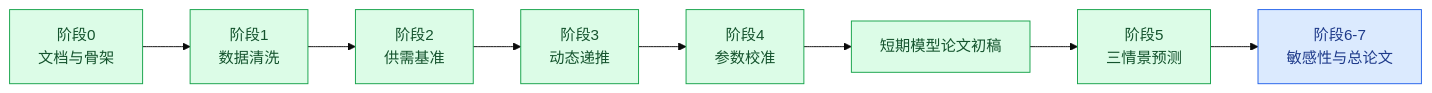
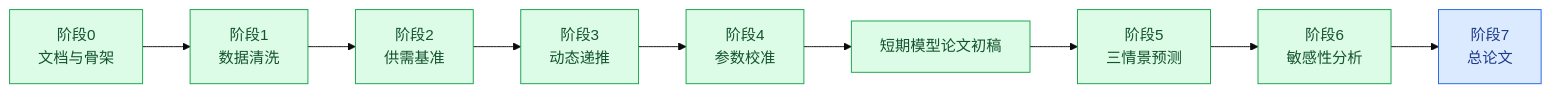
Before and after one commit to Timcai06/-A-: the diagram in docs/00_文档导航.md, drawn with Mermaid (base theme). The commit also changed other lines of this file and 13 other files, not shown here.

````diff
--- a/docs/00_文档导航.md
+++ b/docs/00_文档导航.md
@@ -49,22 +49,24 @@
 ```mermaid
 flowchart LR
     A["阶段0<br/>文档与骨架"] --> B["阶段1<br/>数据清洗"]
     B --> C["阶段2<br/>供需基准"]
     C --> D["阶段3<br/>动态递推"]
     D --> E["阶段4<br/>参数校准"]
     E --> P0["短期模型论文初稿"]
     P0 --> F["阶段5<br/>三情景预测"]
-    F --> G["阶段6-7<br/>敏感性与总论文"]
+    F --> G["阶段6<br/>敏感性分析"]
+    G --> H["阶段7<br/>总论文"]
 
     A:::done
     B:::done
     C:::done
     D:::done
     E:::done
     P0:::done
     F:::done
-    G:::next
+    G:::done
+    H:::next
 
     classDef done fill:#dcfce7,stroke:#16a34a,color:#14532d
     classDef next fill:#dbeafe,stroke:#2563eb,color:#1e3a8a
 ```
````
